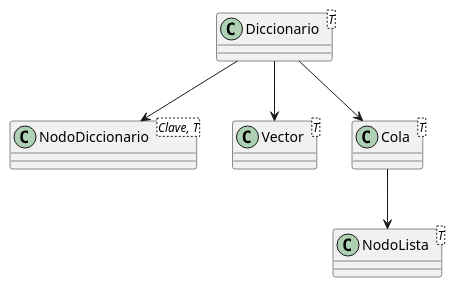
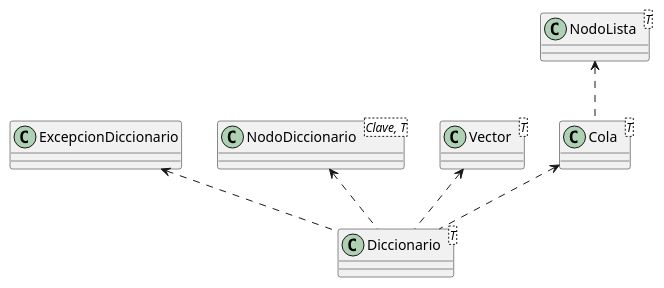
One commit to Tastor2k2/AYED-tpg-2c2024-compilados changed the diagram in UML/Diccionario.puml. Above: the diagram before and after it, drawn with PlantUML.

```diff
--- a/UML/Diccionario.puml
+++ b/UML/Diccionario.puml
@@ -1,23 +1,27 @@
 @startuml
 
 class Diccionario<T> {
+}
+
+class ExcepcionDiccionario {
 }
 
 class NodoDiccionario<Clave, T> {
 }
 
 class Vector<T> {
 }
 
 class Cola<T> {
 }
 
 class NodoLista<T> {
 }
+ExcepcionDiccionario <.. Diccionario
+NodoDiccionario <.. Diccionario
+Vector <.. Diccionario
+Cola <.. Diccionario
+NodoLista <.. Cola
 
-Diccionario --> NodoDiccionario
-Diccionario --> Vector
-Diccionario --> Cola
-Cola --> NodoLista
 
 @enduml
```
